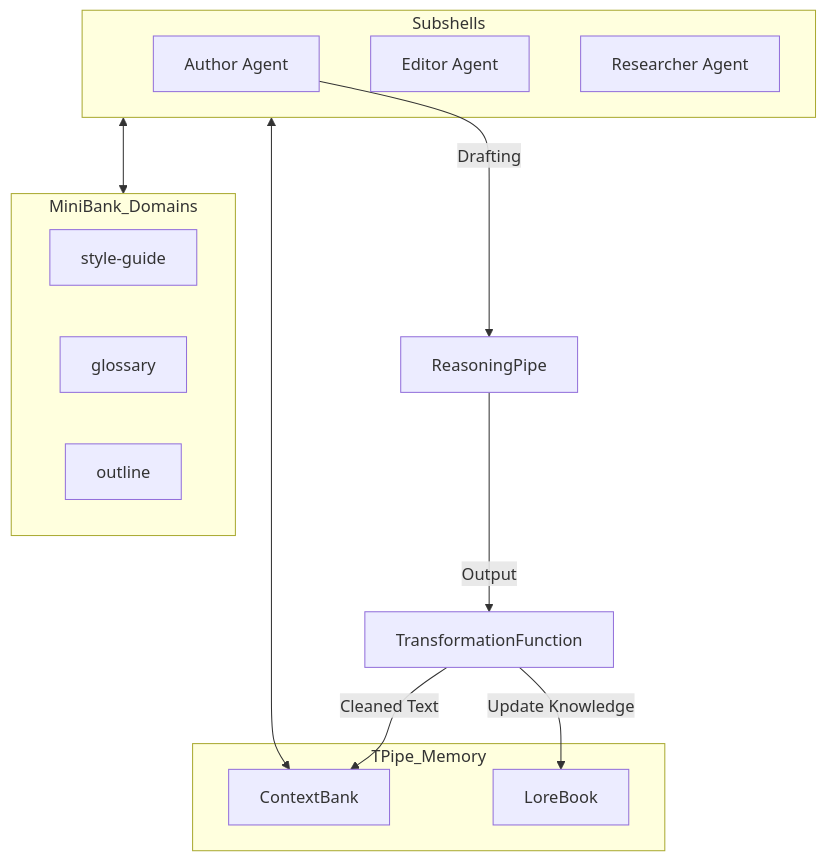
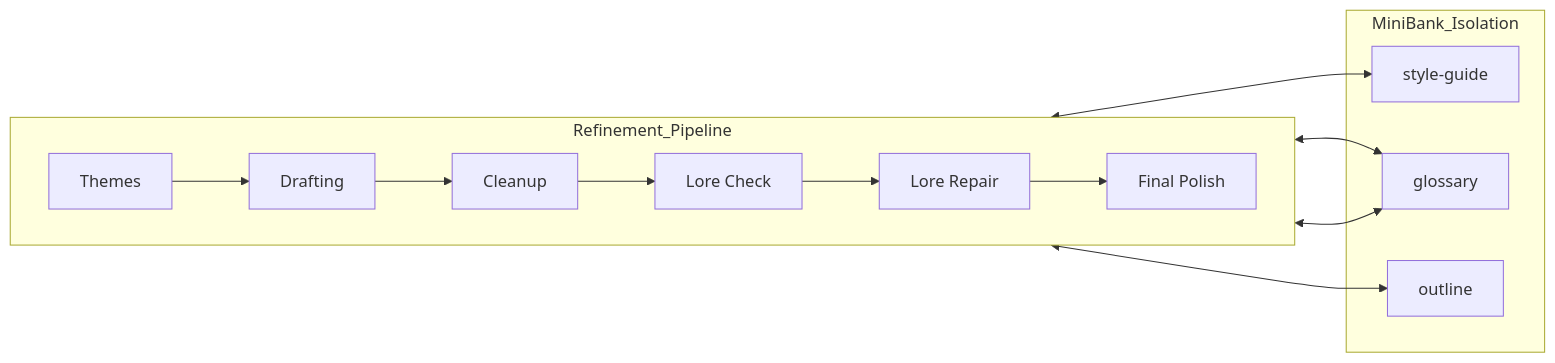
Before and after one commit to Ten-Trillion-Triangles/TPipe: the second of 3 diagrams in docs/case-studies/headless-use-cases.md, drawn with Mermaid. The commit also changed other lines of this file, not shown here.

````diff
--- a/docs/case-studies/headless-use-cases.md
+++ b/docs/case-studies/headless-use-cases.md
@@ -67,27 +58,22 @@
 ```mermaid
-graph TD
-    subgraph Subshells
-        Author[Author Agent]
-        Editor[Editor Agent]
-        Researcher[Researcher Agent]
+graph LR
+    subgraph Refinement_Pipeline
+        direction LR
+        P1[Themes] --> P2[Drafting]
+        P2 --> P3[Cleanup]
+        P3 --> P4[Lore Check]
+        P4 --> P5[Lore Repair]
+        P5 --> P6[Final Polish]
     end
 
-    subgraph MiniBank_Domains
-        Style[style-guide]
-        Glossary[glossary]
-        Outline[outline]
+    subgraph MiniBank_Isolation
+        MB_SG[style-guide]
+        MB_GL[glossary]
+        MB_OL[outline]
     end
 
-    subgraph TPipe_Memory
-        CB[ContextBank]
-        LB[LoreBook]
-    end
-
-    Author -->|Drafting| RP[ReasoningPipe]
-    RP -->|Output| TF[TransformationFunction]
-    TF -->|Cleaned Text| CB
-    TF -->|Update Knowledge| LB
-    
-    Subshells <--> MiniBank_Domains
-    Subshells <--> CB
+    P1 <--> MB_OL
+    P2 <--> MB_SG
+    P4 <--> MB_GL
+    P5 <--> MB_GL
 ```
````
